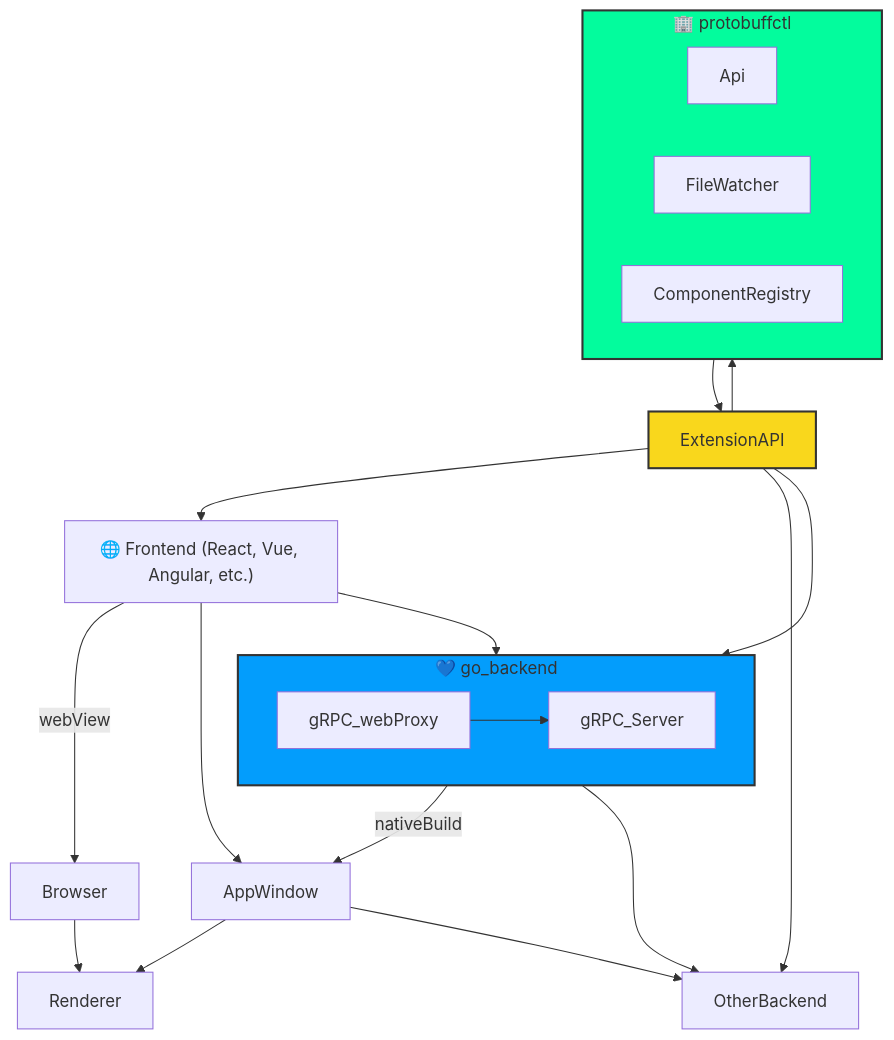
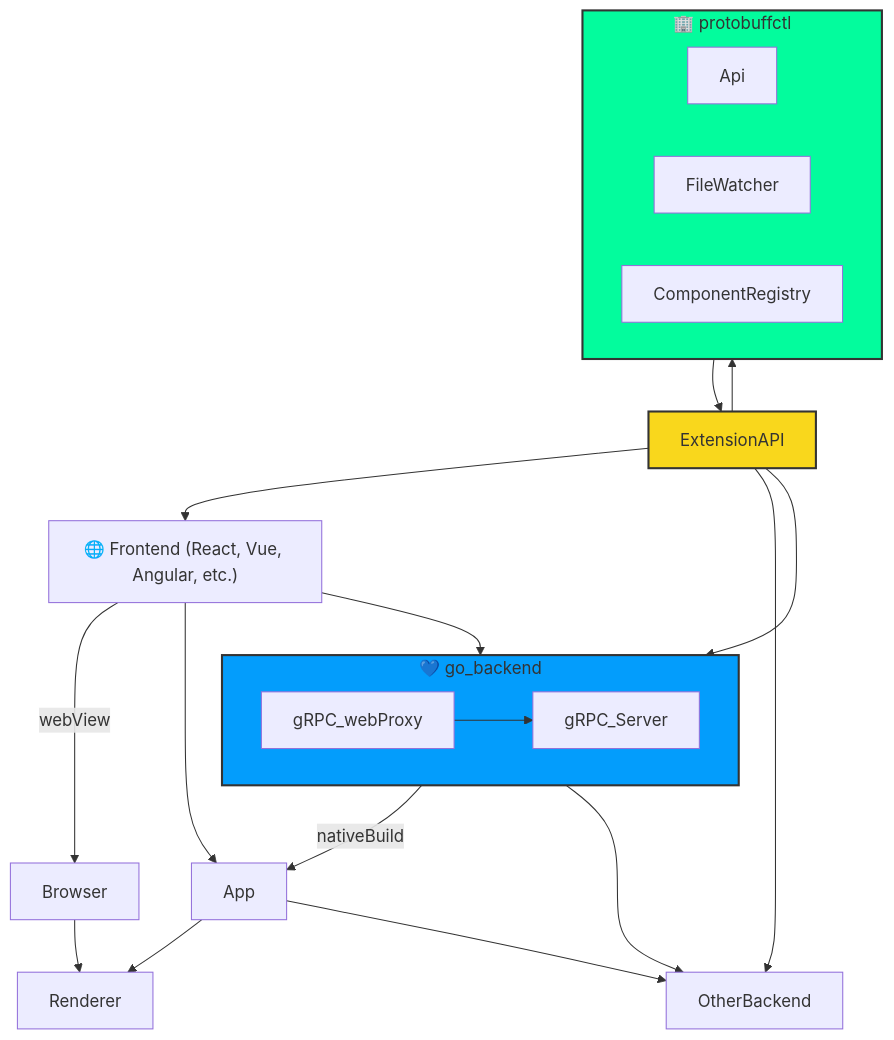
The diagram in README.md (ji-podhead/ji_ui), drawn with Mermaid before and after one commit.

````diff
--- a/README.md
+++ b/README.md
@@ -82,33 +82,33 @@
 ```mermaid
 graph TD;
     Frontend["🌐 Frontend (React, Vue, Angular, etc.)"] --> go_backend;
     Frontend -->|webView| webView[Browser]
-    go_backend -->|nativeBuild| nativeBuild[AppWindow]
+    go_backend -->|nativeBuild| nativeBuild[App]
 	nativeBuild--> Renderer;
 	webView-->Renderer;
     Frontend-->nativeBuild;
     nativeBuild-->OtherBackend;
     go_backend --> OtherBackend;
     
     ExtensionAPI --> go_backend;
     ExtensionAPI --> protobuffctl;
     protobuffctl --> ExtensionAPI;
     ExtensionAPI --> Frontend;
     ExtensionAPI --> OtherBackend;
     
     subgraph go_backend [💙 go_backend]
         gRPC_webProxy --> gRPC_Server;
         gRPC_Server;
     end
     subgraph protobuffctl [🏢 protobuffctl]
         Api;
         FileWatcher;
         ComponentRegistry;
         FileWatcher;
     end
 
     style ExtensionAPI fill:#f9d71c,stroke:#333,stroke-width:2px
     style go_backend fill:#039dfc,stroke:#333,stroke-width:2px
     style protobuffctl fill:#03fc9d,stroke:#333,stroke-width:2px
 
 ```
````
